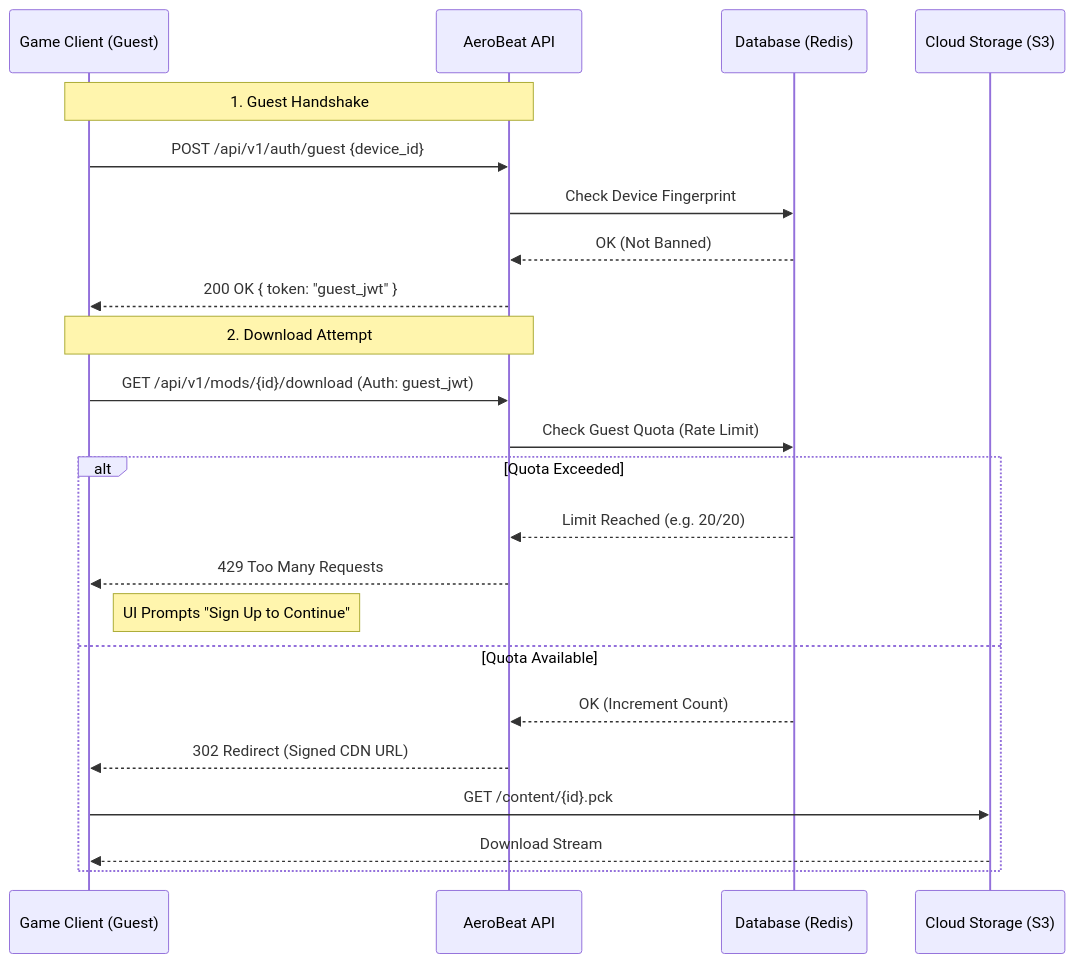
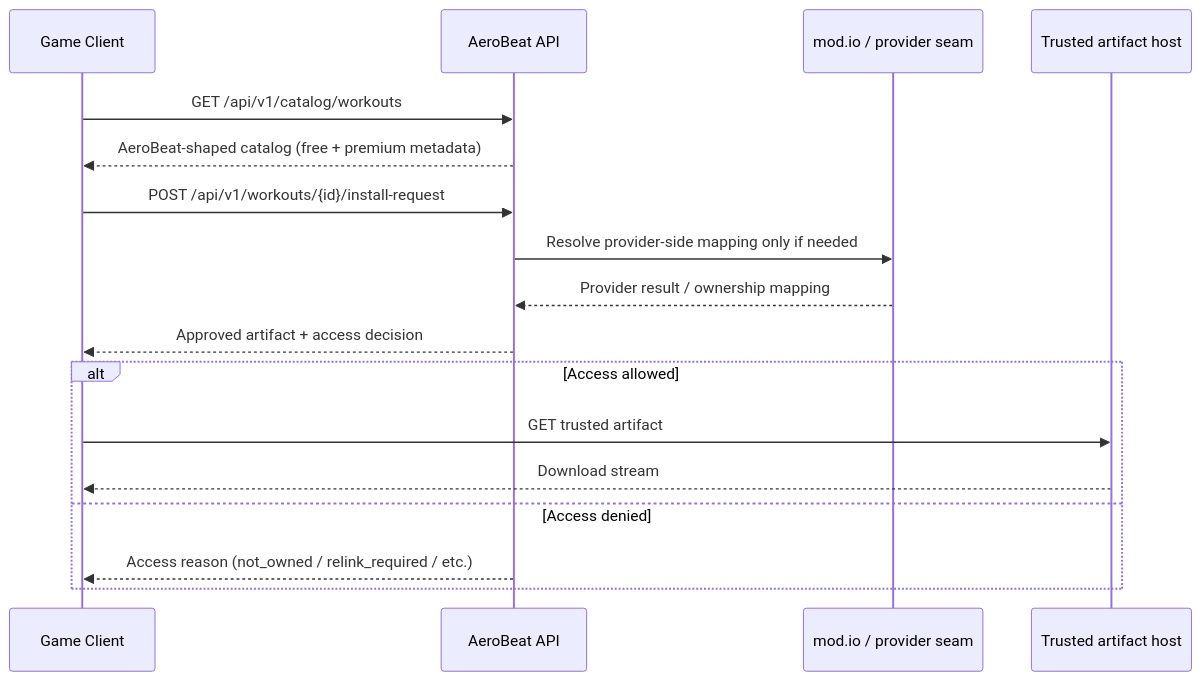
Before and after one commit to AeroBeat-Workouts/aerobeat-docs: the first of 2 diagrams in docs/architecture/backend_api.md, drawn with Mermaid. The commit also changed other lines of this file and 7 other files, not shown here.

````diff
--- a/docs/architecture/backend_api.md
+++ b/docs/architecture/backend_api.md
@@ -173,28 +294,22 @@
 ```mermaid
 sequenceDiagram
-    participant Client as Game Client (Guest)
+    participant Client as Game Client
     participant API as AeroBeat API
-    participant DB as Database (Redis)
-    participant CDN as Cloud Storage (S3)
+    participant Provider as mod.io / provider seam
+    participant CDN as Trusted artifact host
 
-    Note over Client, API: 1. Guest Handshake
-    Client->>API: POST /api/v1/auth/guest {device_id}
-    API->>DB: Check Device Fingerprint
-    DB-->>API: OK (Not Banned)
-    API-->>Client: 200 OK { token: "guest_jwt" }
+    Client->>API: GET /api/v1/catalog/workouts
+    API-->>Client: AeroBeat-shaped catalog (free + premium metadata)
 
-    Note over Client, API: 2. Download Attempt
-    Client->>API: GET /api/v1/mods/{id}/download (Auth: guest_jwt)
-    API->>DB: Check Guest Quota (Rate Limit)
-    
-    alt Quota Exceeded
-        DB-->>API: Limit Reached (e.g. 20/20)
-        API-->>Client: 429 Too Many Requests
-        Note right of Client: UI Prompts "Sign Up to Continue"
-    else Quota Available
-        DB-->>API: OK (Increment Count)
-        API-->>Client: 302 Redirect (Signed CDN URL)
-        Client->>CDN: GET /content/{id}.pck
-        CDN-->>Client: Download Stream
+    Client->>API: POST /api/v1/workouts/{id}/install-request
+    API->>Provider: Resolve provider-side mapping only if needed
+    Provider-->>API: Provider result / ownership mapping
+    API-->>Client: Approved artifact + access decision
+
+    alt Access allowed
+        Client->>CDN: GET trusted artifact
+        CDN-->>Client: Download stream
+    else Access denied
+        API-->>Client: Access reason (not_owned / relink_required / etc.)
     end
 ```
````
